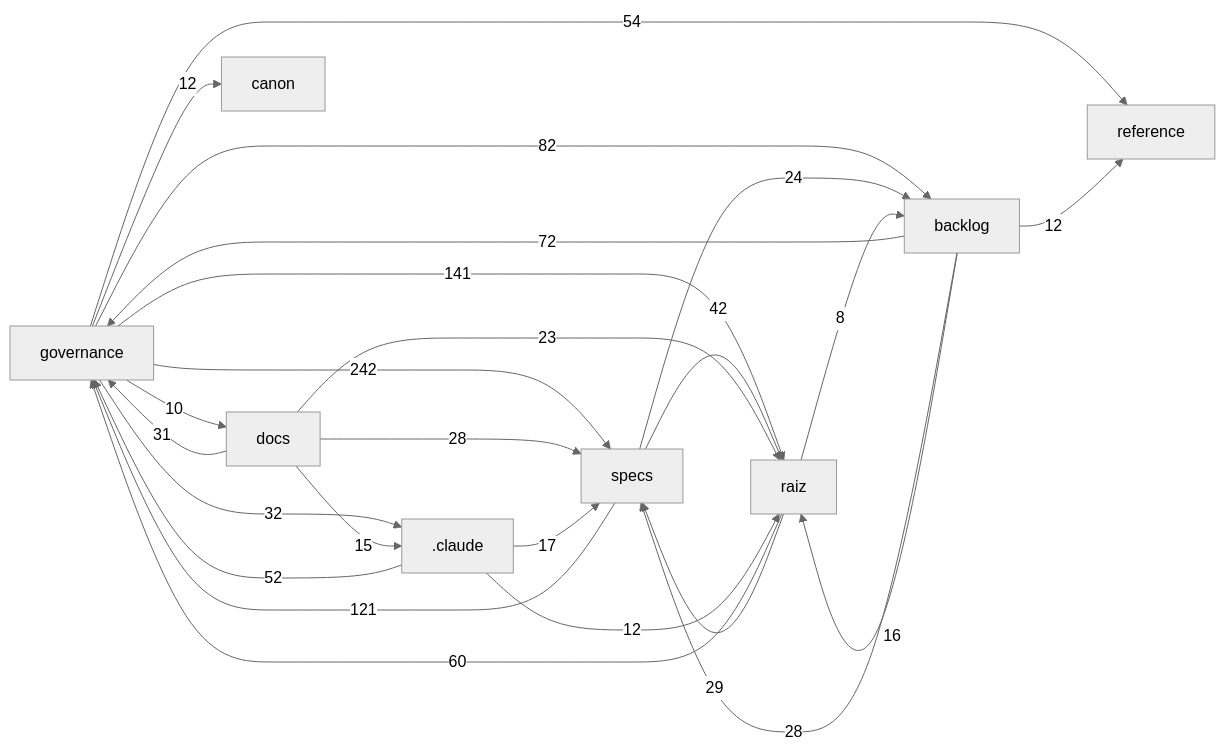
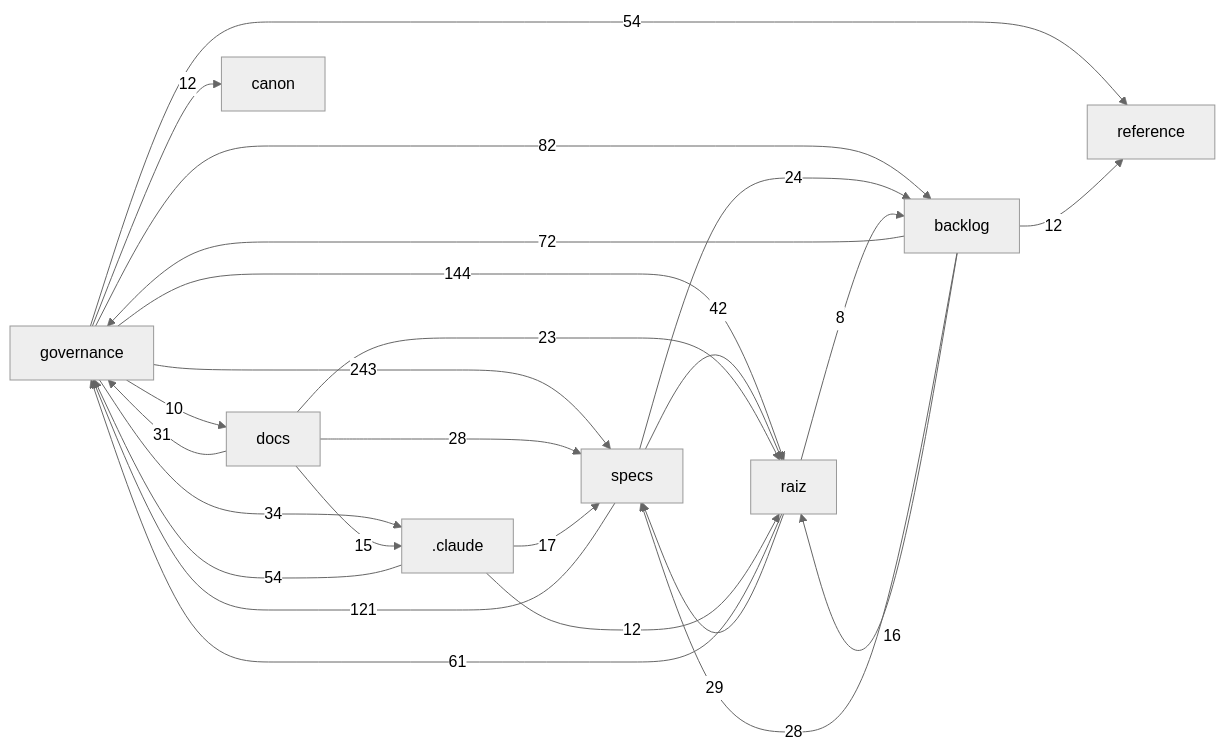
One commit to Andraus35/Sistema-Operacional-de-Trading--SOT changed the diagram in docs/mapa/MAPA-PROJETO.md. Above: the diagram before and after it, drawn with Mermaid (neutral theme). The commit also changed other lines of this file and 10 other files, not shown here.

````diff
--- a/docs/mapa/MAPA-PROJETO.md
+++ b/docs/mapa/MAPA-PROJETO.md
@@ -30,27 +30,27 @@
 ```mermaid
 flowchart LR
-  governance["governance"] -->|242| specs["specs"]
-  governance["governance"] -->|141| raiz["raiz"]
+  governance["governance"] -->|243| specs["specs"]
+  governance["governance"] -->|144| raiz["raiz"]
   specs["specs"] -->|121| governance["governance"]
   governance["governance"] -->|82| backlog["backlog"]
   backlog["backlog"] -->|72| governance["governance"]
-  raiz["raiz"] -->|60| governance["governance"]
+  raiz["raiz"] -->|61| governance["governance"]
+  _claude[".claude"] -->|54| governance["governance"]
   governance["governance"] -->|54| reference["reference"]
-  _claude[".claude"] -->|52| governance["governance"]
   specs["specs"] -->|42| raiz["raiz"]
-  governance["governance"] -->|32| _claude[".claude"]
+  governance["governance"] -->|34| _claude[".claude"]
   docs["docs"] -->|31| governance["governance"]
   raiz["raiz"] -->|29| specs["specs"]
   backlog["backlog"] -->|28| specs["specs"]
   docs["docs"] -->|28| specs["specs"]
   specs["specs"] -->|24| backlog["backlog"]
   docs["docs"] -->|23| raiz["raiz"]
   _claude[".claude"] -->|17| specs["specs"]
   backlog["backlog"] -->|16| raiz["raiz"]
   docs["docs"] -->|15| _claude[".claude"]
   _claude[".claude"] -->|12| raiz["raiz"]
   backlog["backlog"] -->|12| reference["reference"]
   governance["governance"] -->|12| canon["canon"]
   governance["governance"] -->|10| docs["docs"]
   raiz["raiz"] -->|8| backlog["backlog"]
 ```
````
